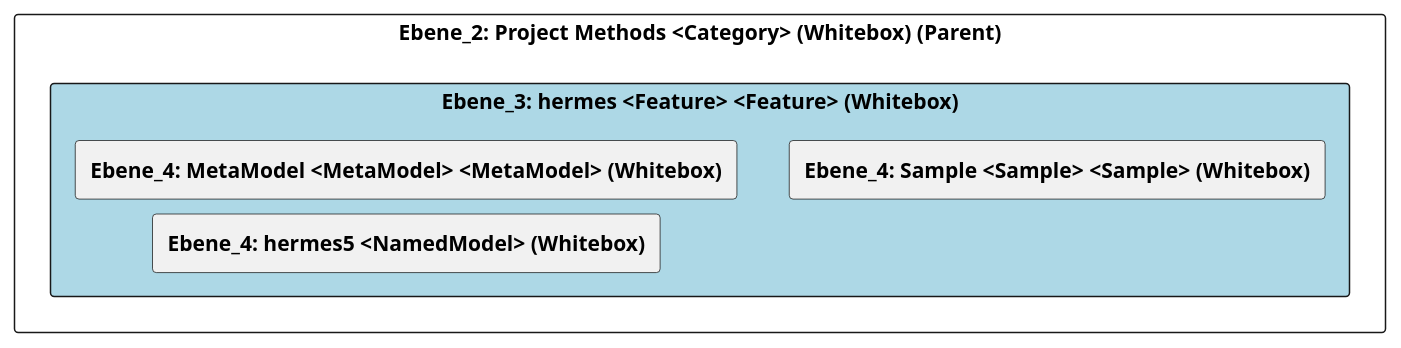
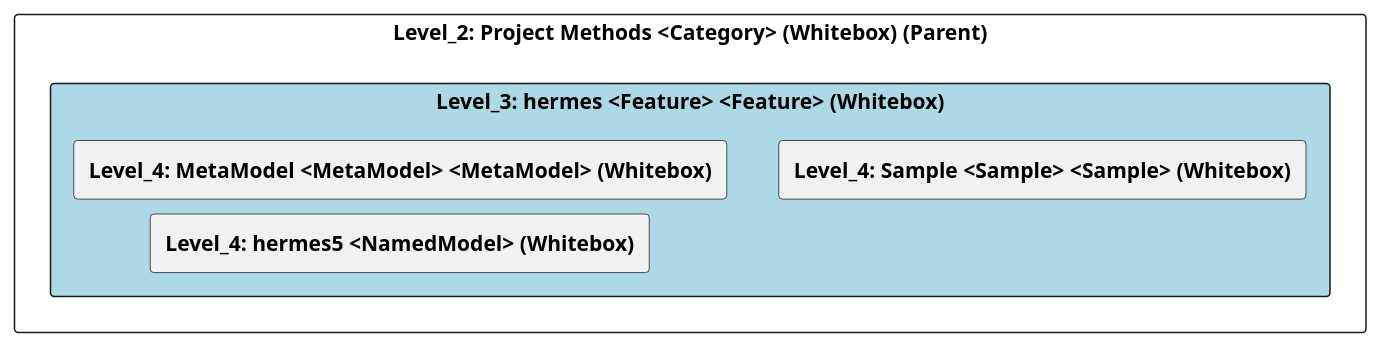
Before and after one commit to marcozwyssig/cleon: the diagram in doc/cleonproject_deliverables_architecture_model_architecture/adoc/de/05_bausteinsicht/cleon/project_methods/hermes/ebene_3_hermes.adoc, drawn with PlantUML. The commit also changed other lines of this file and 83 other files, not shown here.

```diff
--- a/doc/cleonproject_deliverables_architecture_model_architecture/adoc/de/05_bausteinsicht/cleon/project_methods/hermes/ebene_3_hermes.adoc
+++ b/doc/cleonproject_deliverables_architecture_model_architecture/adoc/de/05_bausteinsicht/cleon/project_methods/hermes/ebene_3_hermes.adoc
@@ -20,26 +20,26 @@
-[plantuml, Ebene_3: hermes <Feature> <Feature> (Whitebox)BlockOverview, format="svg"]
+[plantuml, Level_3: hermes <Feature> <Feature> (Whitebox)BlockOverview, format="svg"]
 ----
-@startuml Ebene_3: hermes <Feature> <Feature> (Whitebox)BuildingBlockOverview
+@startuml Level_3: hermes <Feature> <Feature> (Whitebox)BuildingBlockOverview
 
 skinparam ranksep 10
 skinparam componentStyle rectangle
 skinparam shadowing false
 skinparam arrowColor lightblue
 skinparam arrowThickness 1.2
 skinparam rectangle {
   BackgroundColor White
   BorderColor #333
   RoundCorner 10
 }
 top to bottom direction
 
-component "Ebene_2: Project Methods <Category> (Whitebox) (Parent)" {
-    component "Ebene_3: hermes <Feature> <Feature> (Whitebox)" #lightblue {
-        [**Ebene_4: MetaModel <MetaModel> <MetaModel> (Whitebox)**] as 4A570569_D579_11EE_903E_9F564E4DE07E
-        [**Ebene_4: Sample <Sample> <Sample> (Whitebox)**] as 4A56DE3D_D579_11EE_903E_9F564E4DE07E
-        [**Ebene_4: hermes5 <NamedModel> (Whitebox)**] as 4A56DE54_D579_11EE_903E_9F564E4DE07E
+component "Level_2: Project Methods <Category> (Whitebox) (Parent)" {
+    component "Level_3: hermes <Feature> <Feature> (Whitebox)" #lightblue {
+        [**Level_4: MetaModel <MetaModel> <MetaModel> (Whitebox)**] as 4A570569_D579_11EE_903E_9F564E4DE07E
+        [**Level_4: Sample <Sample> <Sample> (Whitebox)**] as 4A56DE3D_D579_11EE_903E_9F564E4DE07E
+        [**Level_4: hermes5 <NamedModel> (Whitebox)**] as 4A56DE54_D579_11EE_903E_9F564E4DE07E
     }
 }
 
 @enduml
 ----
```
